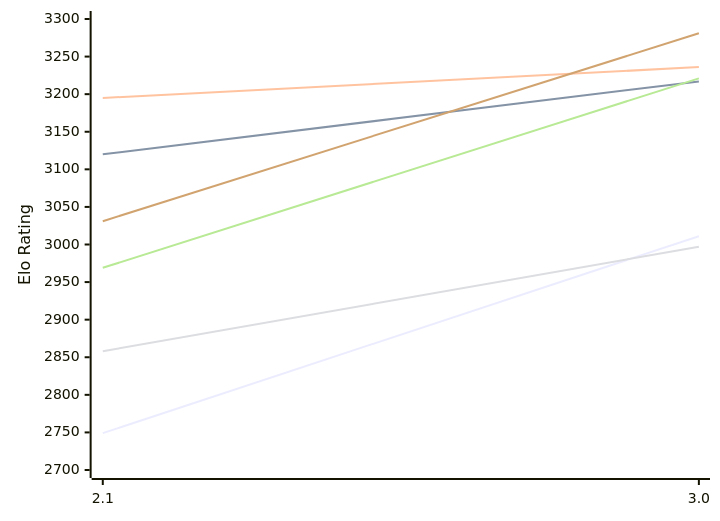
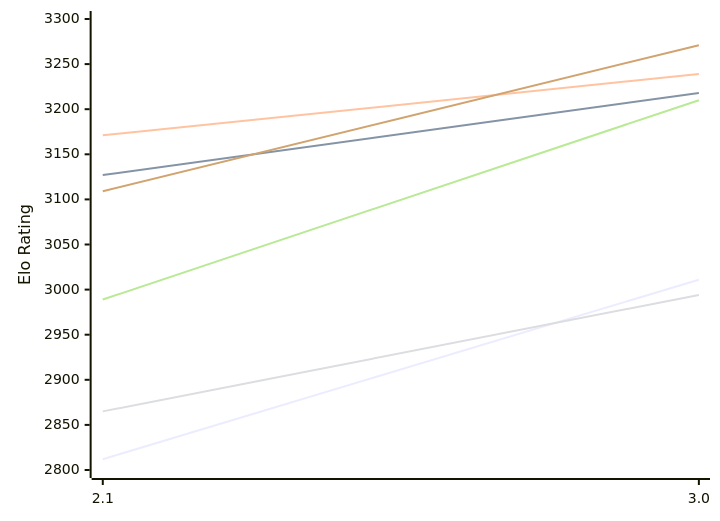
The first of 2 diagrams in engines/Quirky.md (computer-chess-index/cci), drawn with Mermaid before and after one commit. The commit also changed other lines of this file, not shown here.

Commit message:
Update CCI Ratings (ELO VLTC) - 2026-11-15

````diff
--- a/engines/Quirky.md
+++ b/engines/Quirky.md
@@ -50,12 +50,12 @@
 ```mermaid
 %%{init: {"theme":"base","themeVariables":{"seriesColors:['#a3a3a3','#222221','#faa371']}}}%%
 xychart-beta
   x-axis ["2.1", "3.0"]
-  y-axis "Elo Rating" 2700 --> 3300
-  line "E1: STC (8.0+0.08s)" [2749, 3011]
-  line "E1: LTC (60.0+0.60s)" [3120, 3217]
-  line "E1: VLTC (2m24s+1.12s)" [3195, 3236]
-  line "P1: STC (8.0+0.08s)" [2858, 2997]
-  line "P1: LTC (60.0+0.60s)" [2969, 3221]
-  line "P1: VLTC (2m24s+1.12s)" [3031, 3281]
+  y-axis "Elo Rating" 2800 --> 3300
+  line "E1: STC (8.0+0.08s)" [2812, 3011]
+  line "E1: LTC (60.0+0.60s)" [3127, 3218]
+  line "E1: VLTC (2m24s+1.12s)" [3171, 3239]
+  line "P1: STC (8.0+0.08s)" [2865, 2994]
+  line "P1: LTC (60.0+0.60s)" [2989, 3210]
+  line "P1: VLTC (2m24s+1.12s)" [3109, 3271]
 ```
````
